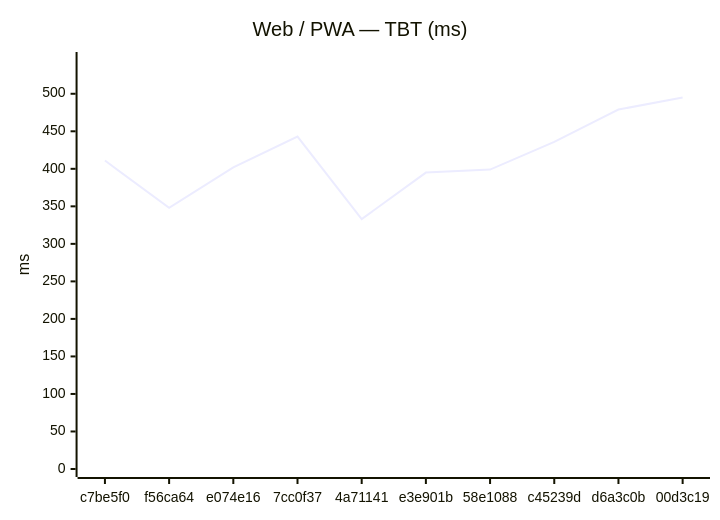
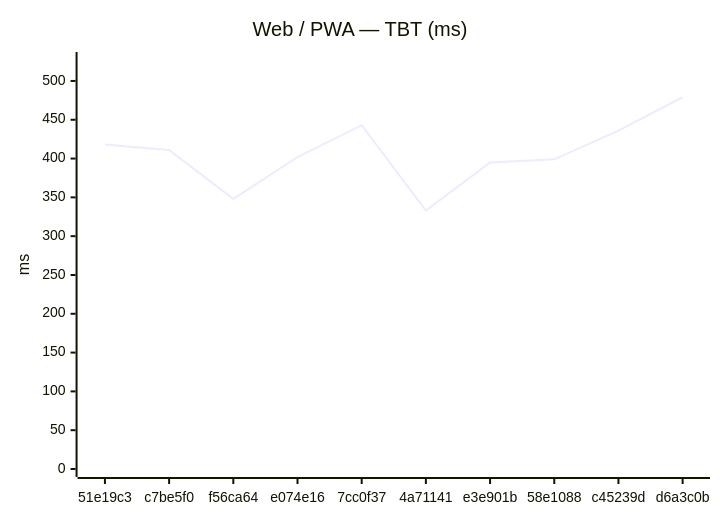
The second of 18 diagrams in benchmarks/compare.md (Metaheurist/Rianell), drawn with Mermaid before and after one commit. The commit also changed other lines of this file and 11 other files, not shown here.

````diff
--- a/benchmarks/compare.md
+++ b/benchmarks/compare.md
@@ -31,7 +31,7 @@
 ```mermaid
 xychart-beta
     title "Web / PWA — TBT (ms)"
-    x-axis ["c7be5f0", "f56ca64", "e074e16", "7cc0f37", "4a71141", "e3e901b", "58e1088", "c45239d", "d6a3c0b", "00d3c19"]
-    y-axis "ms" 0 --> 545
-    line [411, 348, 402, 443, 333, 395, 399, 436, 479, 495]
+    x-axis ["51e19c3", "c7be5f0", "f56ca64", "e074e16", "7cc0f37", "4a71141", "e3e901b", "58e1088", "c45239d", "d6a3c0b"]
+    y-axis "ms" 0 --> 527
+    line [418, 411, 348, 402, 443, 333, 395, 399, 436, 479]
 ```
````
